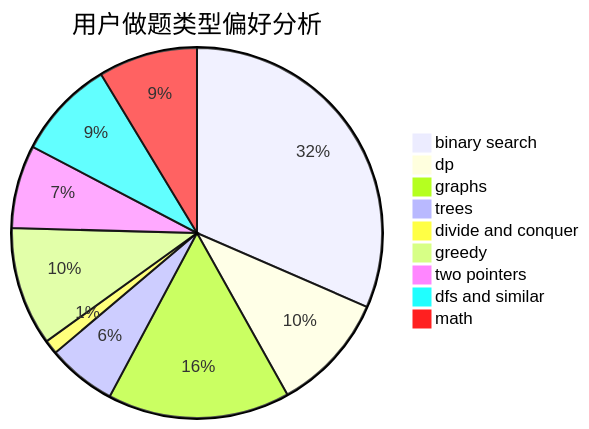
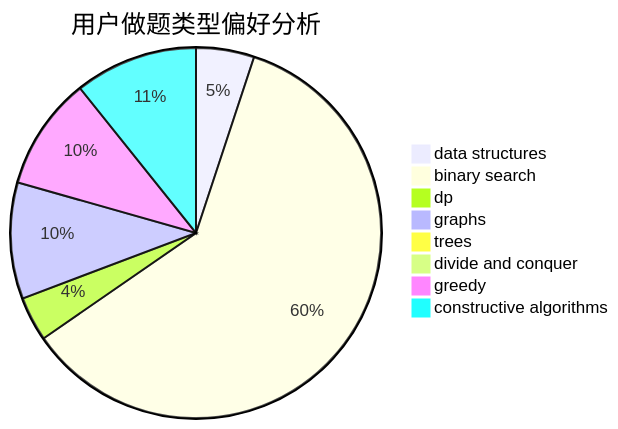
One commit to sherpahu/cfrs.github.io changed the second of 3 diagrams in docs/user/u2493.md. Above: the diagram before and after it, drawn with Mermaid. The commit also changed other lines of this file and 2775 other files, not shown here.

````diff
--- a/docs/user/u2493.md
+++ b/docs/user/u2493.md
@@ -23,12 +23,11 @@
 ```mermaid
 pie title 用户做题类型偏好分析
-    "binary search" :  204
-    "dp" :  67
-    "graphs" :  103
-    "trees" :  39
-    "divide and conquer" :  8
-    "greedy" :  67
-    "two pointers" :  47
-    "dfs and similar" :  56
-    "math" :  56
+    "data structures" :  17
+    "binary search" :  202
+    "dp" :  13
+    "graphs" :  34
+    "trees" :  3
+    "divide and conquer" :  0
+    "greedy" :  33
+    "constructive algorithms" :  36
 ```
````
